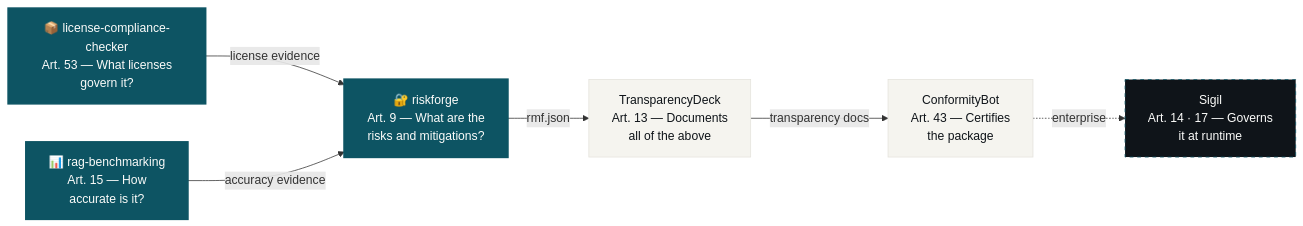
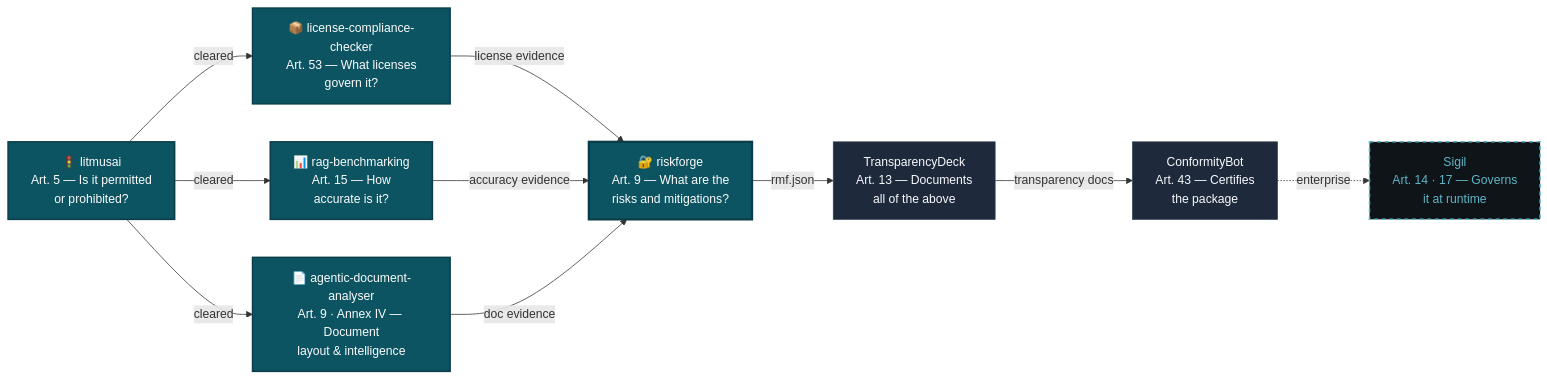
One commit to aiexponent/.github changed the diagram in profile/README.md. Above: the diagram before and after it, drawn with Mermaid. The commit also changed other lines of this file and 1 other file, not shown here.

Commit message:
feat(profile): dynamic dark/light branding, compliance matrix, and agentic-document-analyser (PRD-118)

````diff
--- a/profile/README.md
+++ b/profile/README.md
@@ -115,22 +152,30 @@
 ```mermaid
 graph LR
+    LIT["🚦 litmusai\nArt. 5 — Is it permitted\nor prohibited?"]
     LCC["📦 license-compliance-checker\nArt. 53 — What licenses\ngovern it?"]
     RAG["📊 rag-benchmarking\nArt. 15 — How\naccurate is it?"]
+    ADA["📄 agentic-document-analyser\nArt. 9 · Annex IV — Document\nlayout & intelligence"]
     RF["🔐 riskforge\nArt. 9 — What are the\nrisks and mitigations?"]
     TD["TransparencyDeck\nArt. 13 — Documents\nall of the above"]
     CB["ConformityBot\nArt. 43 — Certifies\nthe package"]
     SIG["Sigil\nArt. 14 · 17 — Governs\nit at runtime"]
 
+    LIT -->|"cleared"| LCC
+    LIT -->|"cleared"| RAG
+    LIT -->|"cleared"| ADA
     LCC -->|"license evidence"| RF
     RAG -->|"accuracy evidence"| RF
+    ADA -->|"doc evidence"| RF
     RF -->|"rmf.json"| TD
     TD -->|"transparency docs"| CB
     CB -.->|"enterprise"| SIG
 
-    style LCC fill:#0D5463,color:#FCFCFA,stroke:#0D5463,stroke-width:2px
-    style RAG fill:#0D5463,color:#FCFCFA,stroke:#0D5463,stroke-width:2px
-    style RF fill:#0D5463,color:#FCFCFA,stroke:#0D5463,stroke-width:3px
-    style TD fill:#F5F4EF,color:#0F1419,stroke:#E4E2DC
-    style CB fill:#F5F4EF,color:#0F1419,stroke:#E4E2DC
-    style SIG fill:#0F1419,color:#FCFCFA,stroke:#0D5463,stroke-dasharray:5 5
+    style LIT fill:#0D5463,color:#FCFCFA,stroke:#093E49,stroke-width:2px
+    style LCC fill:#0D5463,color:#FCFCFA,stroke:#093E49,stroke-width:2px
+    style RAG fill:#0D5463,color:#FCFCFA,stroke:#093E49,stroke-width:2px
+    style ADA fill:#0D5463,color:#FCFCFA,stroke:#093E49,stroke-width:2px
+    style RF fill:#0D5463,color:#FCFCFA,stroke:#093E49,stroke-width:3px
+    style TD fill:#1E293B,color:#F8FAFC,stroke:#334155,stroke-width:1px
+    style CB fill:#1E293B,color:#F8FAFC,stroke:#334155,stroke-width:1px
+    style SIG fill:#0F1419,color:#5DB7C8,stroke:#5DB7C8,stroke-width:2px,stroke-dasharray:5 5
 ```
````
